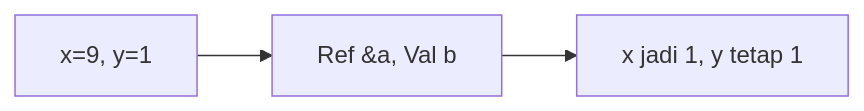
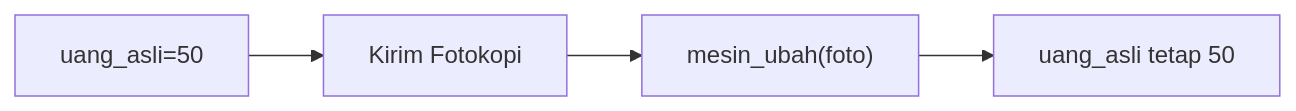
The eighth of 25 diagrams in part-c-pemahaman-cpp/04-fungsi/latihan/set-04.md (amnahwaida/OSNK_INF_PREP), drawn with Mermaid before and after one commit. The commit also changed other lines of this file and 71 other files, not shown here.

````diff
--- a/part-c-pemahaman-cpp/04-fungsi/latihan/set-04.md
+++ b/part-c-pemahaman-cpp/04-fungsi/latihan/set-04.md
@@ -207,5 +217,6 @@
 ```mermaid
 graph LR
-A["x=9, y=1"] --> B["Ref &a, Val b"]
-B --> C["x jadi 1, y tetap 1"]
+A["uang_asli=50"] --> B["Kirim Fotokopi"]
+B --> C["mesin_ubah(foto)"]
+C --> D["uang_asli tetap 50"]
 ```
````
